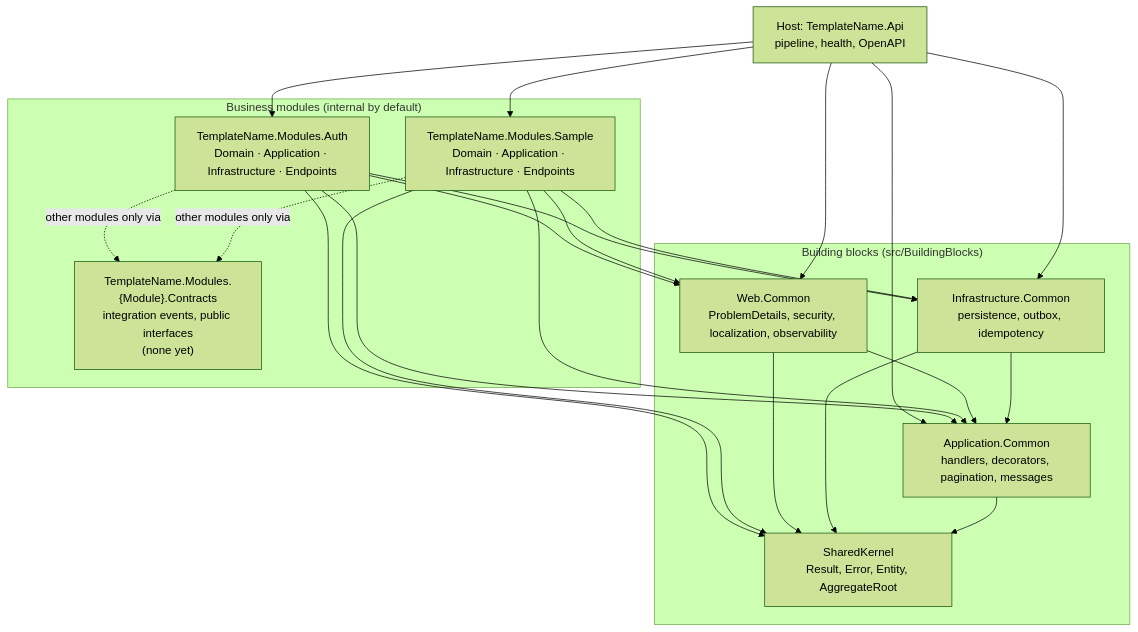
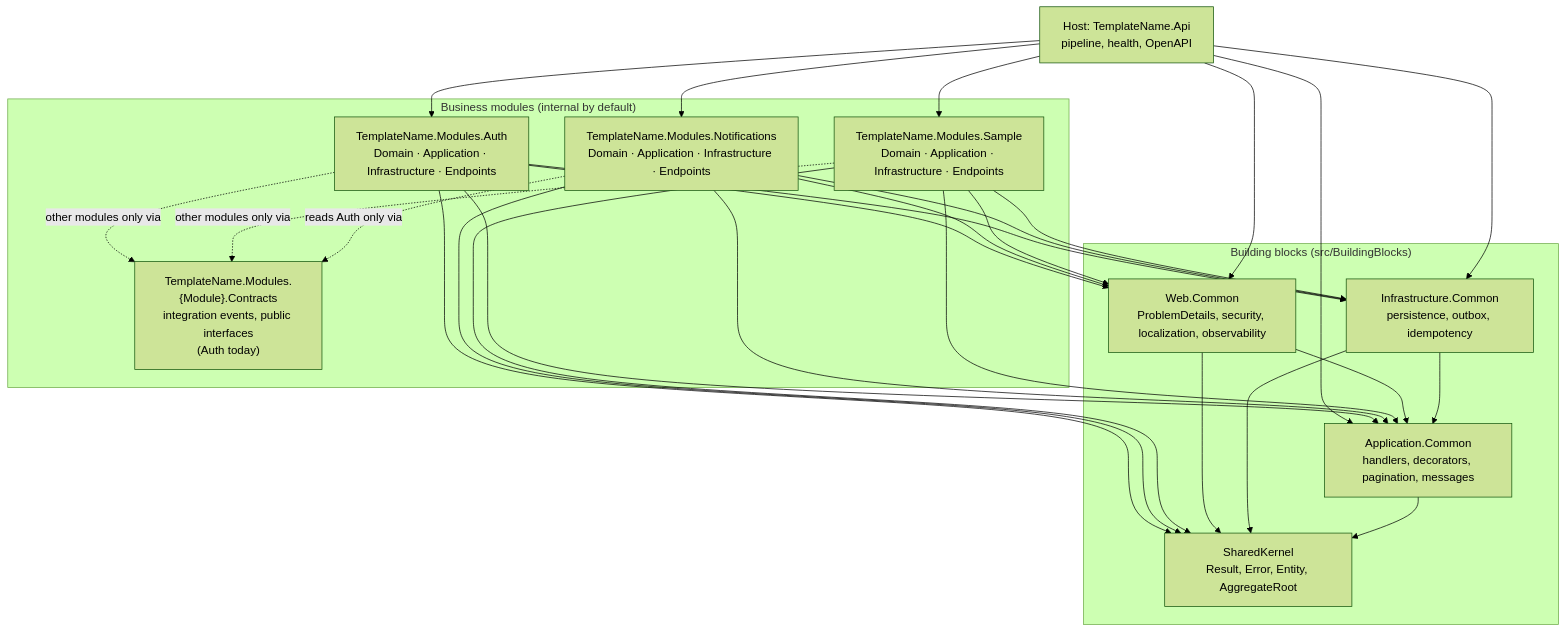
One commit to jackyjiale-oss/modulith-backend changed the first of 3 diagrams in docs/architecture/overview.md. Above: the diagram before and after it, drawn with Mermaid (forest theme). The commit also changed other lines of this file and 489 other files, not shown here.

First line of the commit message:
feat(notifications): add the notifications module (#6)

````diff
--- a/docs/architecture/overview.md
+++ b/docs/architecture/overview.md
@@ -7,38 +7,45 @@
 ```mermaid
 flowchart TD
     Api["Host: TemplateName.Api<br/>pipeline, health, OpenAPI"]
 
     subgraph Modules["Business modules (internal by default)"]
         Auth["TemplateName.Modules.Auth<br/>Domain · Application · Infrastructure · Endpoints"]
+        Notifications["TemplateName.Modules.Notifications<br/>Domain · Application · Infrastructure · Endpoints"]
         Sample["TemplateName.Modules.Sample<br/>Domain · Application · Infrastructure · Endpoints"]
-        Contracts["TemplateName.Modules.{Module}.Contracts<br/>integration events, public interfaces<br/>(none yet)"]
+        Contracts["TemplateName.Modules.{Module}.Contracts<br/>integration events, public interfaces<br/>(Auth today)"]
     end
 
     subgraph BuildingBlocks["Building blocks (src/BuildingBlocks)"]
         Web["Web.Common<br/>ProblemDetails, security, localization, observability"]
         Infra["Infrastructure.Common<br/>persistence, outbox, idempotency"]
         App["Application.Common<br/>handlers, decorators, pagination, messages"]
         Kernel["SharedKernel<br/>Result, Error, Entity, AggregateRoot"]
     end
 
     Api --> Auth
+    Api --> Notifications
     Api --> Sample
     Api --> Web
     Api --> Infra
     Api --> App
     Auth -. "other modules only via" .-> Contracts
     Sample -. "other modules only via" .-> Contracts
+    Notifications -. "reads Auth only via" .-> Contracts
     Auth --> Web
     Auth --> Infra
     Auth --> App
     Auth --> Kernel
+    Notifications --> Web
+    Notifications --> Infra
+    Notifications --> App
+    Notifications --> Kernel
     Sample --> Web
     Sample --> Infra
     Sample --> App
     Sample --> Kernel
     Web --> App
     Infra --> App
     Web --> Kernel
     Infra --> Kernel
     App --> Kernel
 ```
````
